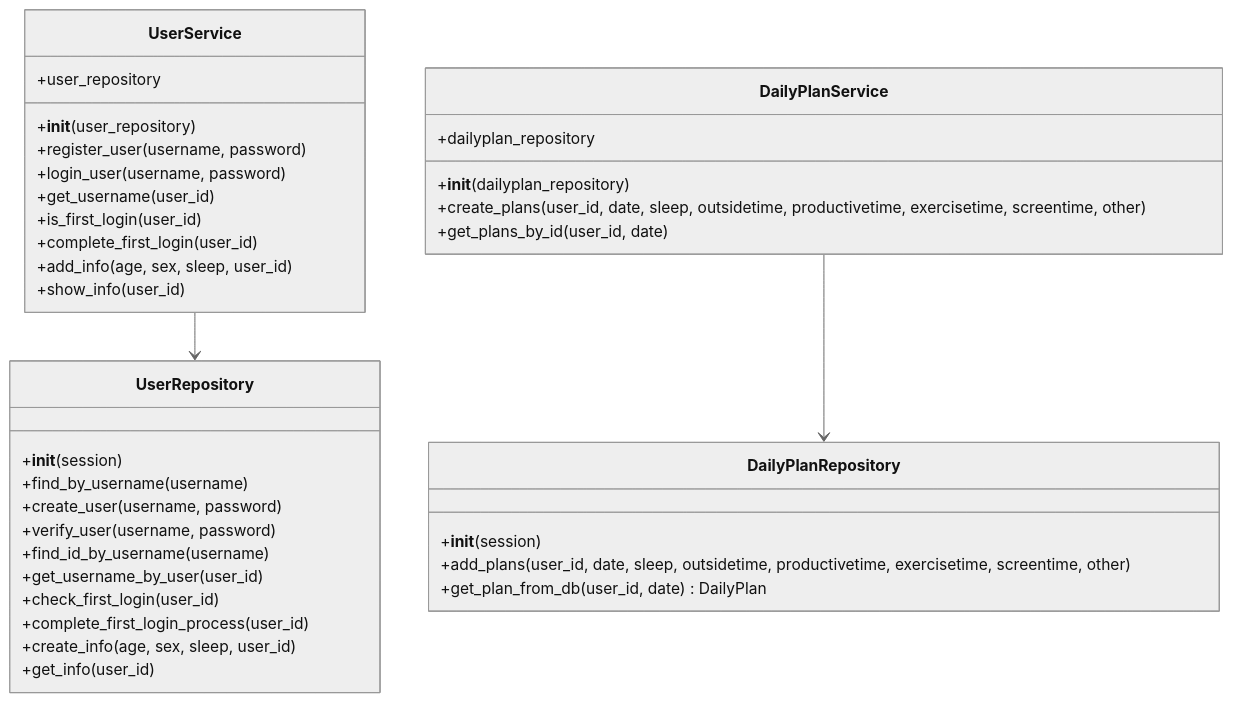
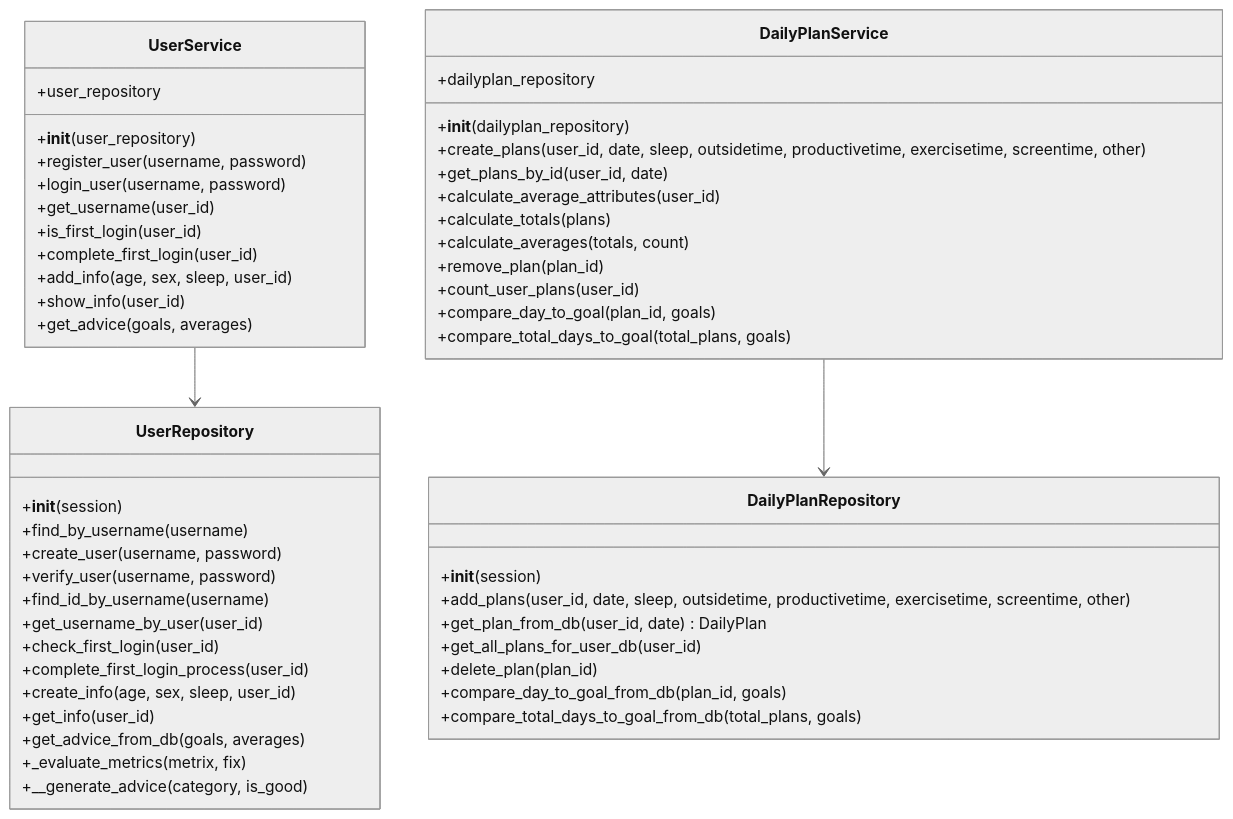
One commit to rigozu9/ot-harjoitustyo changed the second of 2 diagrams in daily-planner-app/dokumentaatio/arkkitehtuuri.md. Above: the diagram before and after it, drawn with Mermaid (neutral theme). The commit also changed other lines of this file and 8 other files, not shown here.

````diff
--- a/daily-planner-app/dokumentaatio/arkkitehtuuri.md
+++ b/daily-planner-app/dokumentaatio/arkkitehtuuri.md
@@ -60,43 +65,58 @@
 ```mermaid
 classDiagram
     class UserService {
         +user_repository
         +__init__(user_repository)
         +register_user(username, password) 
         +login_user(username, password) 
         +get_username(user_id) 
         +is_first_login(user_id) 
         +complete_first_login(user_id)
         +add_info(age, sex, sleep, user_id)
         +show_info(user_id) 
+        +get_advice(goals, averages)
     }
 
     class UserRepository {
         +__init__(session)
         +find_by_username(username) 
         +create_user(username, password) 
         +verify_user(username, password) 
         +find_id_by_username(username) 
         +get_username_by_user(user_id) 
         +check_first_login(user_id) 
         +complete_first_login_process(user_id)
         +create_info(age, sex, sleep, user_id)
         +get_info(user_id) 
+        +get_advice_from_db(goals, averages)
+        +_evaluate_metrics(metrix, fix)
+        +__generate_advice(category, is_good)
     }
 
     class DailyPlanService {
         +dailyplan_repository
         +__init__(dailyplan_repository)
         +create_plans(user_id, date, sleep, outsidetime, productivetime, exercisetime, screentime, other)
         +get_plans_by_id(user_id, date)
+        +calculate_average_attributes(user_id)
+        +calculate_totals(plans)
+        +calculate_averages(totals, count)
+        +remove_plan(plan_id)
+        +count_user_plans(user_id)
+        +compare_day_to_goal(plan_id, goals)
+        +compare_total_days_to_goal(total_plans, goals)
     }
 
     class DailyPlanRepository {
         +__init__(session)
         +add_plans(user_id, date, sleep, outsidetime, productivetime, exercisetime, screentime, other)
         +get_plan_from_db(user_id, date) DailyPlan
+        +get_all_plans_for_user_db(user_id)
+        +delete_plan(plan_id)
+        +compare_day_to_goal_from_db(plan_id, goals)
+        +compare_total_days_to_goal_from_db(total_plans, goals)
     }
 
     UserService --> UserRepository
     DailyPlanService --> DailyPlanRepository
 ```
````
